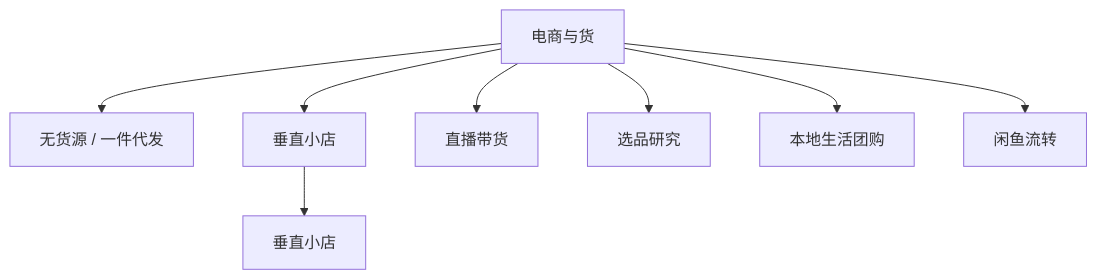
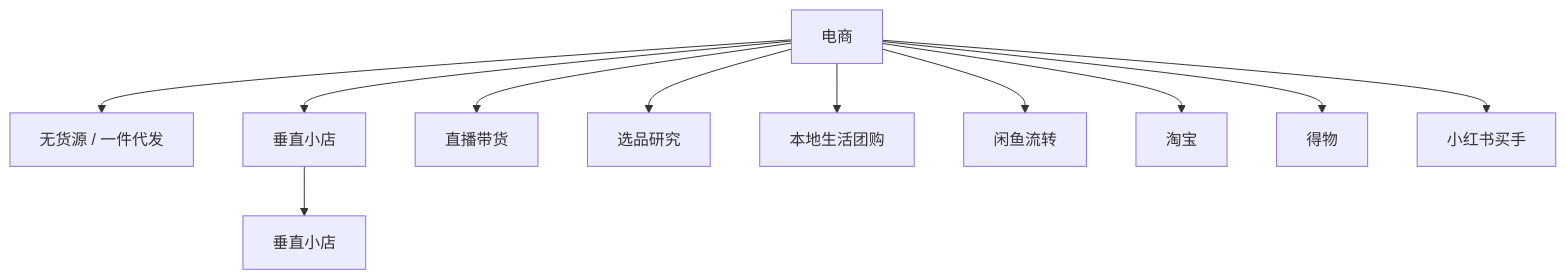
One commit to inkwen-dev/leiwen.pro changed the diagram in playbook/站点/图/commerce.md. Above: the diagram before and after it, drawn with Mermaid. The commit also changed other lines of this file and 16 other files, not shown here.

````diff
--- a/playbook/站点/图/commerce.md
+++ b/playbook/站点/图/commerce.md
@@ -5,18 +5,24 @@
 ```mermaid
 flowchart TB
-  n1["电商与货"]
+  n1["电商"]
   n2["无货源 / 一件代发"]
   n1 --> n2
   n3["垂直小店"]
   n1 --> n3
   n4["垂直小店"]
   n3 --> n4
   n5["直播带货"]
   n1 --> n5
   n6["选品研究"]
   n1 --> n6
   n7["本地生活团购"]
   n1 --> n7
   n8["闲鱼流转"]
   n1 --> n8
+  n9["淘宝"]
+  n1 --> n9
+  n10["得物"]
+  n1 --> n10
+  n11["小红书买手"]
+  n1 --> n11
 ```
````
